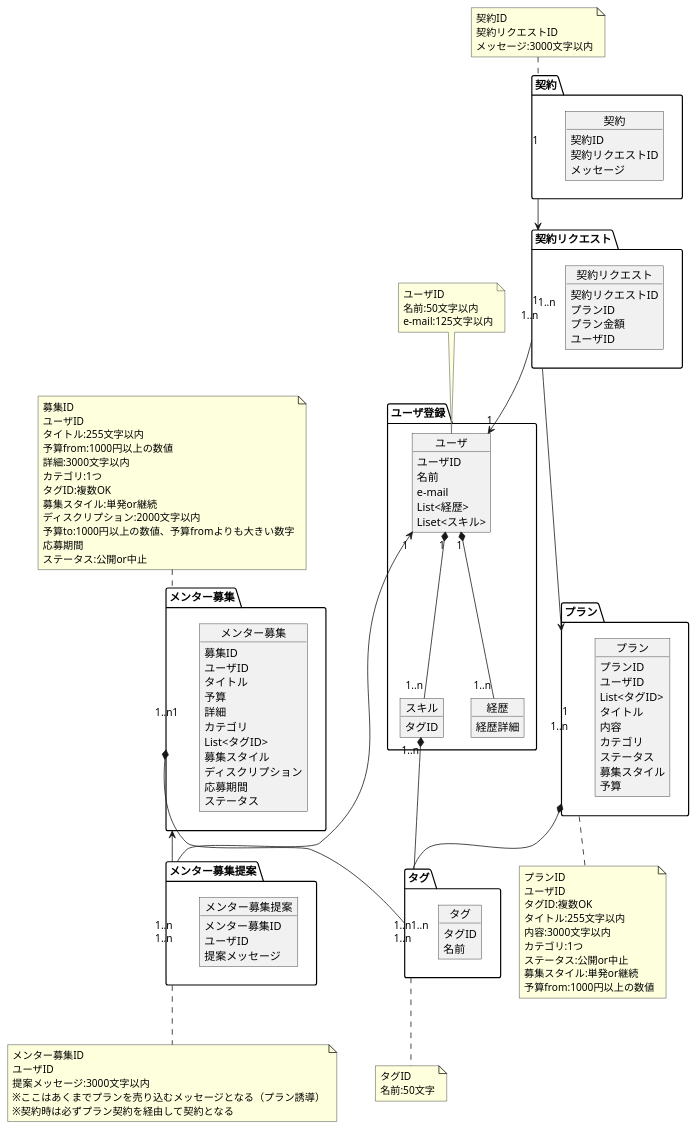
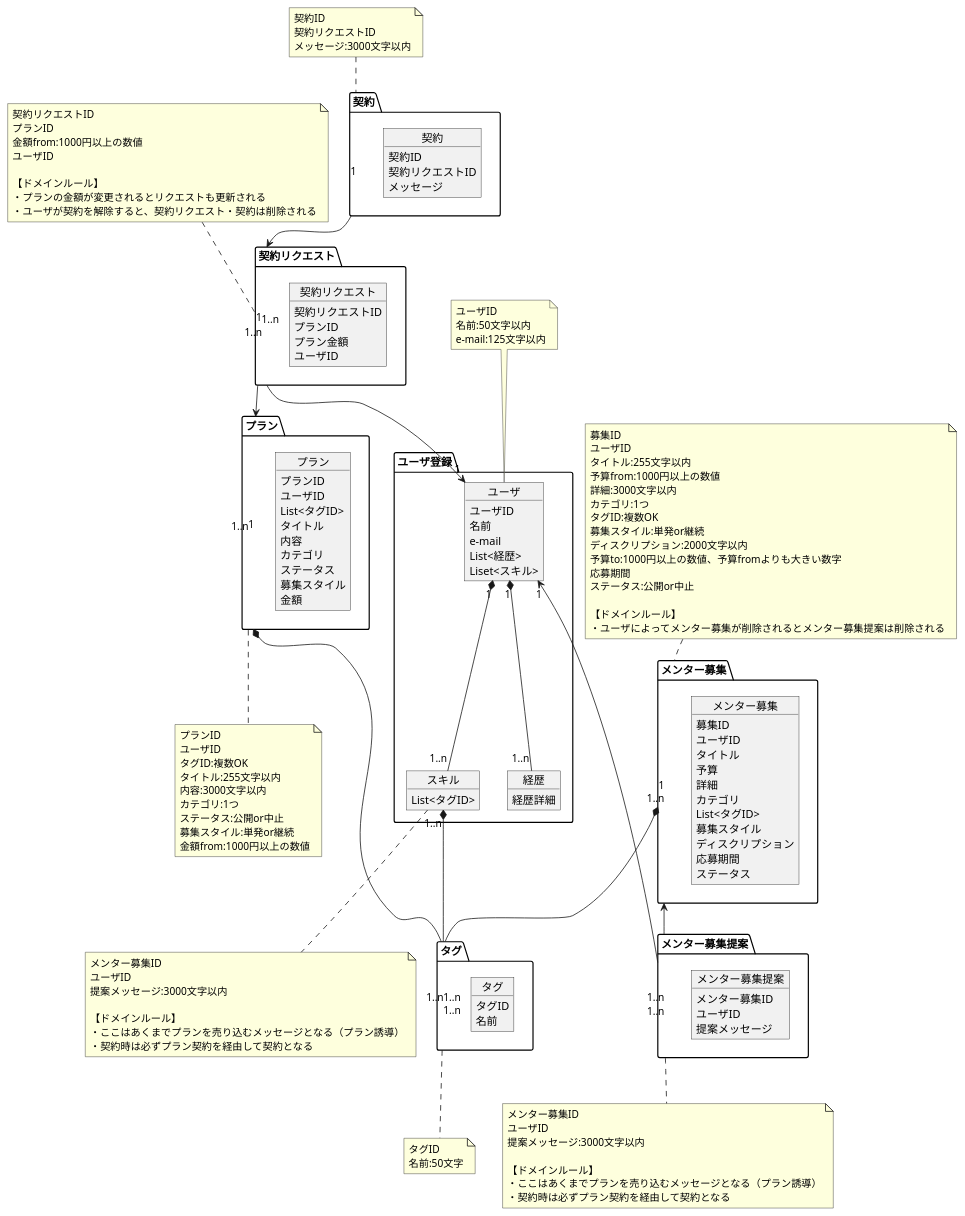
One commit to junichiseki0831/helpa changed the diagram in domain_model_diagram.pu. Above: the diagram before and after it, drawn with PlantUML.

Commit message:
fix domain model diagram

```diff
--- a/domain_model_diagram.pu
+++ b/domain_model_diagram.pu
@@ -1,138 +1,162 @@
 @startuml Helpa on Diagram
 
 package "メンター募集" {
   object メンター募集 {
     募集ID
     ユーザID
     タイトル
     予算
     詳細
     カテゴリ
     List<タグID>
     募集スタイル
     ディスクリプション
     応募期間
     ステータス
   }
 }
 note top of メンター募集
   募集ID
   ユーザID
   タイトル:255文字以内
   予算from:1000円以上の数値
   詳細:3000文字以内
   カテゴリ:1つ
   タグID:複数OK
   募集スタイル:単発or継続
   ディスクリプション:2000文字以内
   予算to:1000円以上の数値、予算fromよりも大きい数字
   応募期間
   ステータス:公開or中止
+
+  【ドメインルール】
+  ・ユーザによってメンター募集が削除されるとメンター募集提案は削除される
 end note
 
 package "プラン" {
   object プラン {
     プランID
     ユーザID
     List<タグID>
     タイトル
     内容
     カテゴリ
     ステータス
     募集スタイル
-    予算
+    金額
   }
 }
 note bottom of プラン
   プランID
   ユーザID
   タグID:複数OK
   タイトル:255文字以内
   内容:3000文字以内
   カテゴリ:1つ
   ステータス:公開or中止
   募集スタイル:単発or継続
-  予算from:1000円以上の数値
+  金額from:1000円以上の数値
 end note
 
 package "契約" {
   object 契約 {
     契約ID
     契約リクエストID
     メッセージ
   }
 }
 note top of 契約
   契約ID
   契約リクエストID
   メッセージ:3000文字以内
 end note
 
 package "メンター募集提案" {
   object メンター募集提案 {
     メンター募集ID
     ユーザID
     提案メッセージ
   }
 }
 note bottom of メンター募集提案
   メンター募集ID
   ユーザID
   提案メッセージ:3000文字以内
-  ※ここはあくまでプランを売り込むメッセージとなる（プラン誘導）
-  ※契約時は必ずプラン契約を経由して契約となる
+
+  【ドメインルール】
+  ・ここはあくまでプランを売り込むメッセージとなる（プラン誘導）
+  ・契約時は必ずプラン契約を経由して契約となる
 end note
 
 package "タグ" {
   object タグ {
     タグID
     名前
   }
 }
 note bottom of タグ
   タグID
   名前:50文字
 end note
 
 package "ユーザ登録" {
   object ユーザ {
     ユーザID
     名前
     e-mail
     List<経歴>
     Liset<スキル>
   }
   object スキル {
-    タグID
+    List<タグID>
   }
   object 経歴 {
     経歴詳細
   }
 }
 note top of ユーザ
   ユーザID
   名前:50文字以内
   e-mail:125文字以内
 end note
+note bottom of スキル
+  メンター募集ID
+  ユーザID
+  提案メッセージ:3000文字以内
+
+  【ドメインルール】
+  ・ここはあくまでプランを売り込むメッセージとなる（プラン誘導）
+  ・契約時は必ずプラン契約を経由して契約となる
+end note
 
 package "契約リクエスト" {
   object 契約リクエスト {
     契約リクエストID
     プランID
     プラン金額
     ユーザID
   }
 }
+note top of 契約リクエスト
+  契約リクエストID
+  プランID
+  金額from:1000円以上の数値
+  ユーザID
+
+  【ドメインルール】
+  ・プランの金額が変更されるとリクエストも更新される
+  ・ユーザが契約を解除すると、契約リクエスト・契約は削除される
+end note
 
 メンター募集 "1" <-- "1..n" メンター募集提案
 ユーザ "1" <-- "1..n" メンター募集提案
 メンター募集 "1..n" *-- "1..n" タグ
 プラン "1..n" *-- "1..n" タグ
 ユーザ "1" *-- "1..n" スキル
 ユーザ "1" *-- "1..n" 経歴
 スキル "1..n" *-- "1..n" タグ
 契約 "1" --> "1" 契約リクエスト
 契約リクエスト "1..n" --> "1" プラン
 契約リクエスト "1..n" --> "1" ユーザ
 
 @enduml
```
